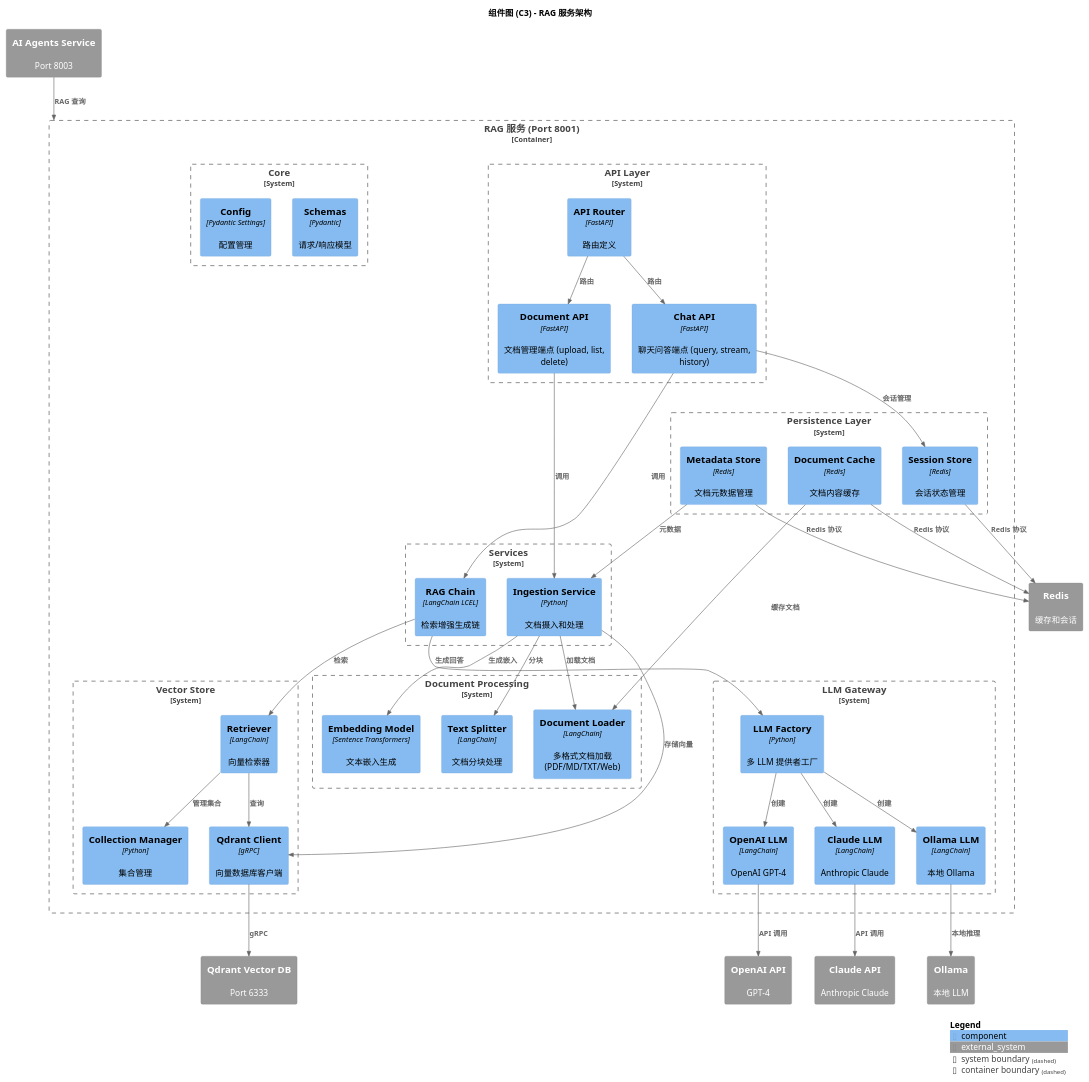
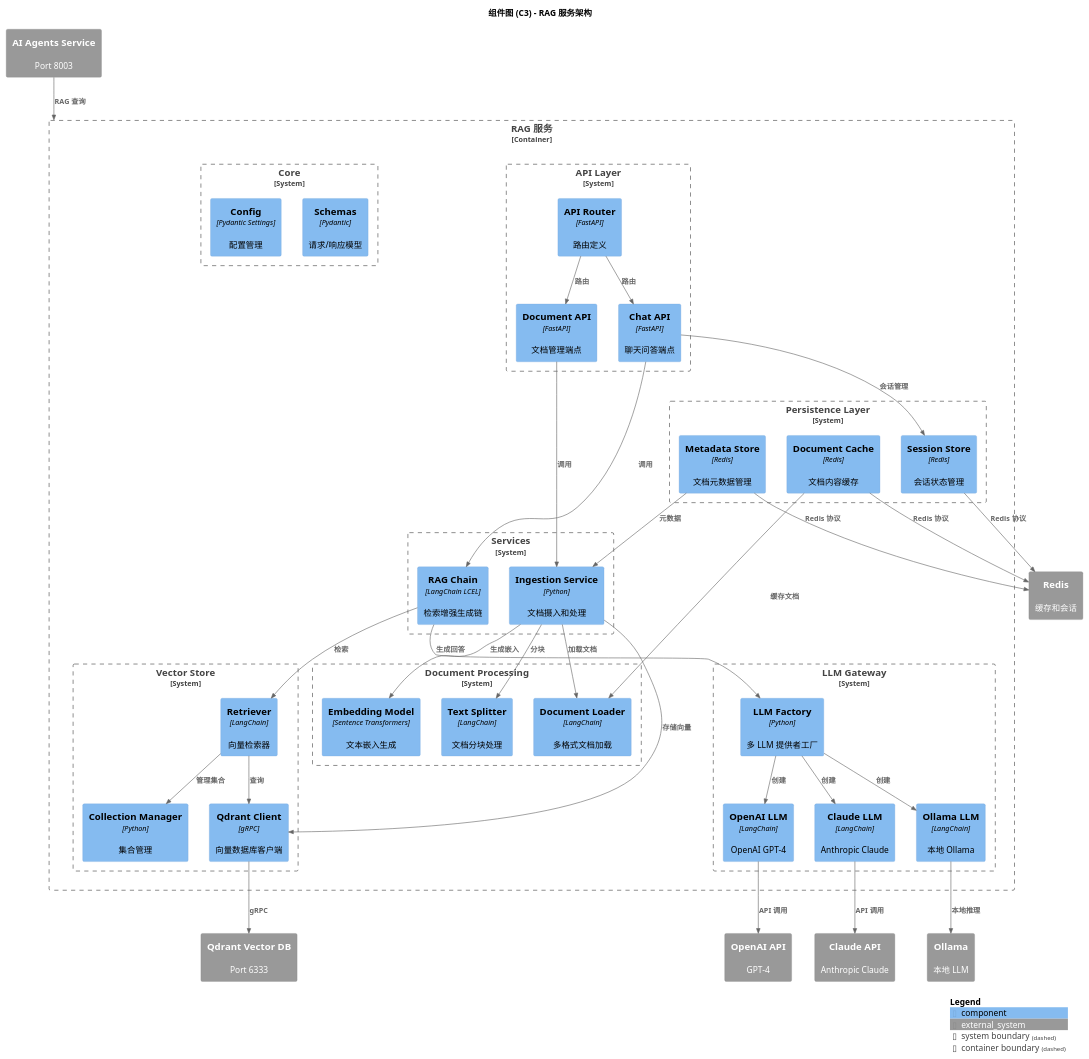
One commit to felixzhu97/explore-ai changed the diagram in docs/c4/component-rag-service.puml. Above: the diagram before and after it, drawn with PlantUML. The commit also changed 46 other files, not shown here.

```diff
--- a/docs/c4/component-rag-service.puml
+++ b/docs/c4/component-rag-service.puml
@@ -1,106 +1,106 @@
 @startuml C4-Component-RAG-Service
 !include https://raw.githubusercontent.com/plantuml-stdlib/C4-PlantUML/master/C4_Component.puml
 
 LAYOUT_WITH_LEGEND()
 
 title 组件图 (C3) - RAG 服务架构
 
-Container_Boundary(rag_service, "RAG 服务 (Port 8001)") {
+Container_Boundary(rag_service, "RAG 服务") {
     
     ' API 层
     System_Boundary(api, "API Layer") {
         Component(api_router, "API Router", "FastAPI", "路由定义")
-        Component(document_api, "Document API", "FastAPI", "文档管理端点 (upload, list, delete)")
-        Component(chat_api, "Chat API", "FastAPI", "聊天问答端点 (query, stream, history)")
+        Component(document_api, "Document API", "FastAPI", "文档管理端点")
+        Component(chat_api, "Chat API", "FastAPI", "聊天问答端点")
     }
     
     ' 核心服务
     System_Boundary(services, "Services") {
         Component(ingestion_service, "Ingestion Service", "Python", "文档摄入和处理")
         Component(rag_chain, "RAG Chain", "LangChain LCEL", "检索增强生成链")
     }
 
     ' 文档处理
     System_Boundary(document_processing, "Document Processing") {
-        Component(document_loader, "Document Loader", "LangChain", "多格式文档加载 (PDF/MD/TXT/Web)")
+        Component(document_loader, "Document Loader", "LangChain", "多格式文档加载")
         Component(text_splitter, "Text Splitter", "LangChain", "文档分块处理")
         Component(embedding_model, "Embedding Model", "Sentence Transformers", "文本嵌入生成")
     }
 
     ' 向量存储
     System_Boundary(vector_store, "Vector Store") {
         Component(qdrant_client, "Qdrant Client", "gRPC", "向量数据库客户端")
         Component(collection_manager, "Collection Manager", "Python", "集合管理")
         Component(retriever, "Retriever", "LangChain", "向量检索器")
     }
 
     ' LLM 网关
     System_Boundary(llm_gateway, "LLM Gateway") {
         Component(llm_factory, "LLM Factory", "Python", "多 LLM 提供者工厂")
         Component(openai_llm, "OpenAI LLM", "LangChain", "OpenAI GPT-4")
         Component(claude_llm, "Claude LLM", "LangChain", "Anthropic Claude")
         Component(ollama_llm, "Ollama LLM", "LangChain", "本地 Ollama")
     }
 
     ' 持久化层
     System_Boundary(persistence, "Persistence Layer") {
         Component(session_store, "Session Store", "Redis", "会话状态管理")
         Component(document_cache, "Document Cache", "Redis", "文档内容缓存")
         Component(metadata_store, "Metadata Store", "Redis", "文档元数据管理")
     }
 
     ' 核心模块
     System_Boundary(core, "Core") {
         Component(schemas, "Schemas", "Pydantic", "请求/响应模型")
         Component(config, "Config", "Pydantic Settings", "配置管理")
     }
 }
 
 ' === API 层关系 ===
 Rel(api_router, document_api, "路由")
 Rel(api_router, chat_api, "路由")
 Rel(document_api, ingestion_service, "调用")
 Rel(chat_api, rag_chain, "调用")
 
 ' === 服务层关系 ===
 Rel(ingestion_service, document_loader, "加载文档")
 Rel(ingestion_service, text_splitter, "分块")
 Rel(ingestion_service, embedding_model, "生成嵌入")
 Rel(ingestion_service, qdrant_client, "存储向量")
 
 Rel(rag_chain, retriever, "检索")
 Rel(rag_chain, llm_factory, "生成回答")
 
 ' === 检索器关系 ===
 Rel(retriever, qdrant_client, "查询")
 Rel(retriever, collection_manager, "管理集合")
 
 ' === LLM 关系 ===
 Rel(llm_factory, openai_llm, "创建")
 Rel(llm_factory, claude_llm, "创建")
 Rel(llm_factory, ollama_llm, "创建")
 
 ' === 持久化关系 ===
 Rel(chat_api, session_store, "会话管理")
 Rel(document_cache, document_loader, "缓存文档")
 Rel(metadata_store, ingestion_service, "元数据")
 
 ' === 外部服务关系 ===
 System_Ext(ai_agents, "AI Agents Service", "Port 8003")
 System_Ext(qdrant, "Qdrant Vector DB", "Port 6333")
 System_Ext(redis, "Redis", "缓存和会话")
 System_Ext(openai, "OpenAI API", "GPT-4")
 System_Ext(claude, "Claude API", "Anthropic Claude")
 System_Ext(ollama, "Ollama", "本地 LLM")
 
 Rel(ai_agents, rag_service, "RAG 查询")
 Rel(qdrant_client, qdrant, "gRPC")
 Rel(session_store, redis, "Redis 协议")
 Rel(document_cache, redis, "Redis 协议")
 Rel(metadata_store, redis, "Redis 协议")
 Rel(openai_llm, openai, "API 调用")
 Rel(claude_llm, claude, "API 调用")
 Rel(ollama_llm, ollama, "本地推理")
 
 SHOW_LEGEND()
 @enduml
```
